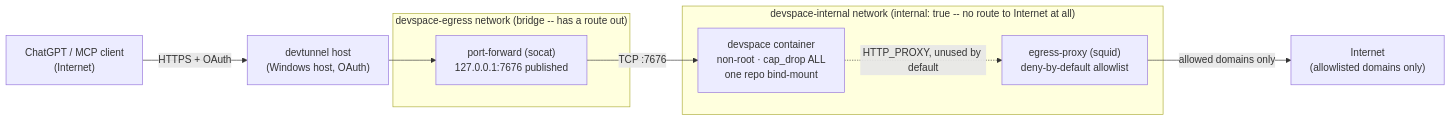
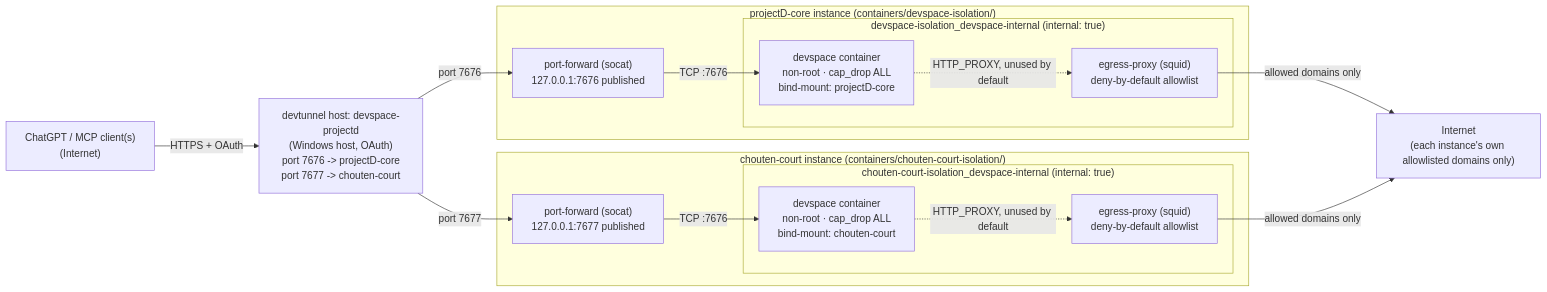
Before and after one commit to OliverMingHao1024/projectD-core: the diagram in containers/devspace-isolation/README.md, drawn with Mermaid. The commit also changed other lines of this file and 1 other file, not shown here.

First paragraph of the commit message:
docs(devspace-isolation): fix two README inaccuracies, update topology diagram (#60)
Found while operationally standing up both instances for real (adding
the chouten-court connector to ChatGPT and reconnecting the
projectD-core one after its volume got reset during earlier testing):

````diff
--- a/containers/devspace-isolation/README.md
+++ b/containers/devspace-isolation/README.md
@@ -20,24 +27,33 @@
 ```mermaid
 flowchart LR
-    client["ChatGPT / MCP client<br/>(Internet)"]
-    tunnel["devtunnel host<br/>(Windows host, OAuth)"]
-    pf["port-forward (socat)<br/>127.0.0.1:7676 published"]
-    ds["devspace container<br/>non-root · cap_drop ALL<br/>one repo bind-mount"]
-    egress["egress-proxy (squid)<br/>deny-by-default allowlist"]
-    inet["Internet<br/>(allowlisted domains only)"]
+    client["ChatGPT / MCP client(s)<br/>(Internet)"]
+    tunnel["devtunnel host: devspace-projectd<br/>(Windows host, OAuth)<br/>port 7676 -> projectD-core<br/>port 7677 -> chouten-court"]
+
+    subgraph pd ["projectD-core instance (containers/devspace-isolation/)"]
+        pf1["port-forward (socat)<br/>127.0.0.1:7676 published"]
+        subgraph pd_internal ["devspace-isolation_devspace-internal (internal: true)"]
+            ds1["devspace container<br/>non-root · cap_drop ALL<br/>bind-mount: projectD-core"]
+            eg1["egress-proxy (squid)<br/>deny-by-default allowlist"]
+        end
+        pf1 -->|TCP :7676| ds1
+        ds1 -.->|HTTP_PROXY, unused by default| eg1
+    end
+
+    subgraph cc ["chouten-court instance (containers/chouten-court-isolation/)"]
+        pf2["port-forward (socat)<br/>127.0.0.1:7677 published"]
+        subgraph cc_internal ["chouten-court-isolation_devspace-internal (internal: true)"]
+            ds2["devspace container<br/>non-root · cap_drop ALL<br/>bind-mount: chouten-court"]
+            eg2["egress-proxy (squid)<br/>deny-by-default allowlist"]
+        end
+        pf2 -->|TCP :7676| ds2
+        ds2 -.->|HTTP_PROXY, unused by default| eg2
+    end
+
+    inet["Internet<br/>(each instance's own allowlisted domains only)"]
 
     client -->|HTTPS + OAuth| tunnel
-    tunnel --> pf
-    pf -->|TCP :7676| ds
-    ds -.->|HTTP_PROXY, unused by default| egress
-    egress -->|allowed domains only| inet
-
-    subgraph internal_net ["devspace-internal network (internal: true -- no route to Internet at all)"]
-        ds
-        egress
-    end
-    subgraph egress_net ["devspace-egress network (bridge -- has a route out)"]
-        egress
-        pf
-    end
+    tunnel -->|port 7676| pf1
+    tunnel -->|port 7677| pf2
+    eg1 -->|allowed domains only| inet
+    eg2 -->|allowed domains only| inet
 ```
````
